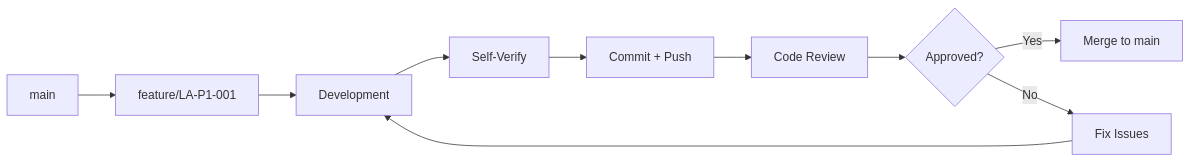
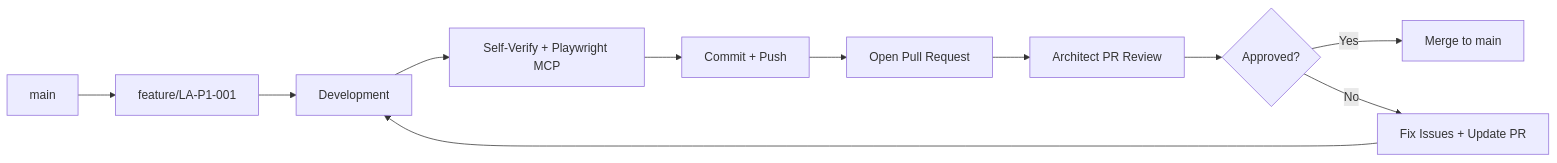
One commit to jsagno/superliga changed the diagram in docs/openspec/specs/git-workflow.md. Above: the diagram before and after it, drawn with Mermaid. The commit also changed other lines of this file and 2 other files, not shown here.

First line of the commit message:
docs(openspec): enforce PR lifecycle and Playwright MCP gates

````diff
--- a/docs/openspec/specs/git-workflow.md
+++ b/docs/openspec/specs/git-workflow.md
@@ -50,12 +51,13 @@
 ```mermaid
 graph LR
     A[main] --> B[feature/LA-P1-001]
     B --> C[Development]
-    C --> D[Self-Verify]
-    D --> E[Commit + Push]
-    E --> F[Code Review]
-    F --> G{Approved?}
-    G -->|Yes| H[Merge to main]
-    G -->|No| I[Fix Issues]
-    I --> C
+  C --> D[Self-Verify + Playwright MCP]
+  D --> E[Commit + Push]
+  E --> F[Open Pull Request]
+  F --> G[Architect PR Review]
+  G --> H{Approved?}
+  H -->|Yes| I[Merge to main]
+  H -->|No| J[Fix Issues + Update PR]
+  J --> C
 ```
````
